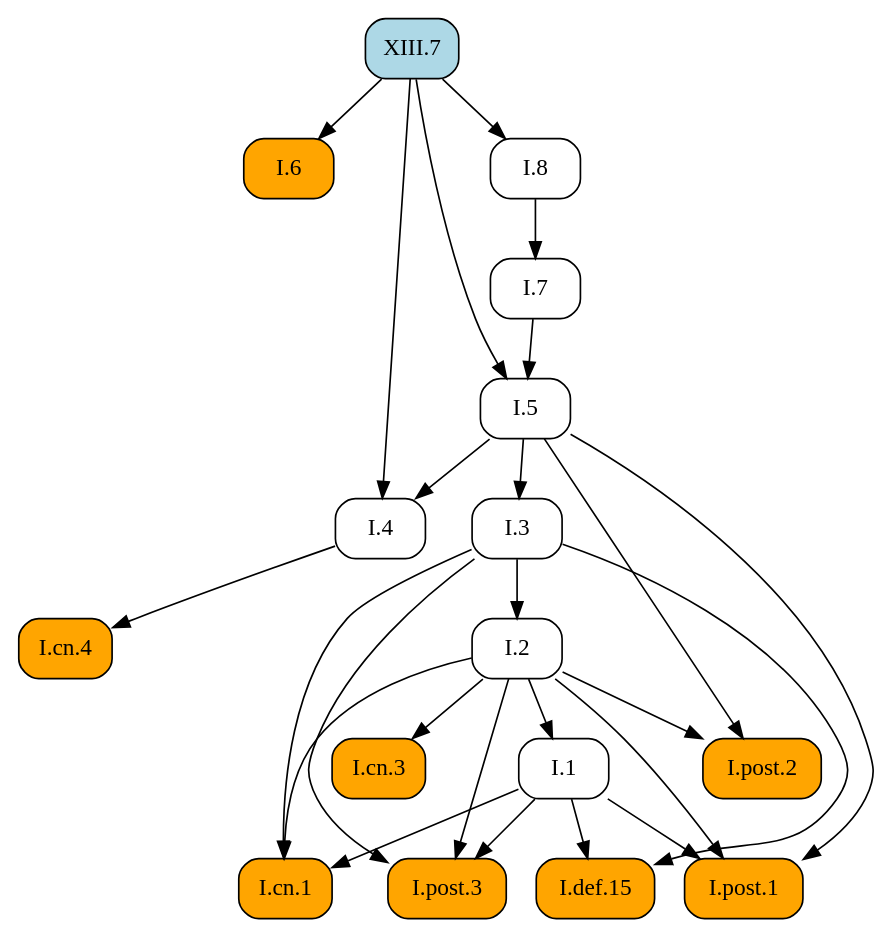
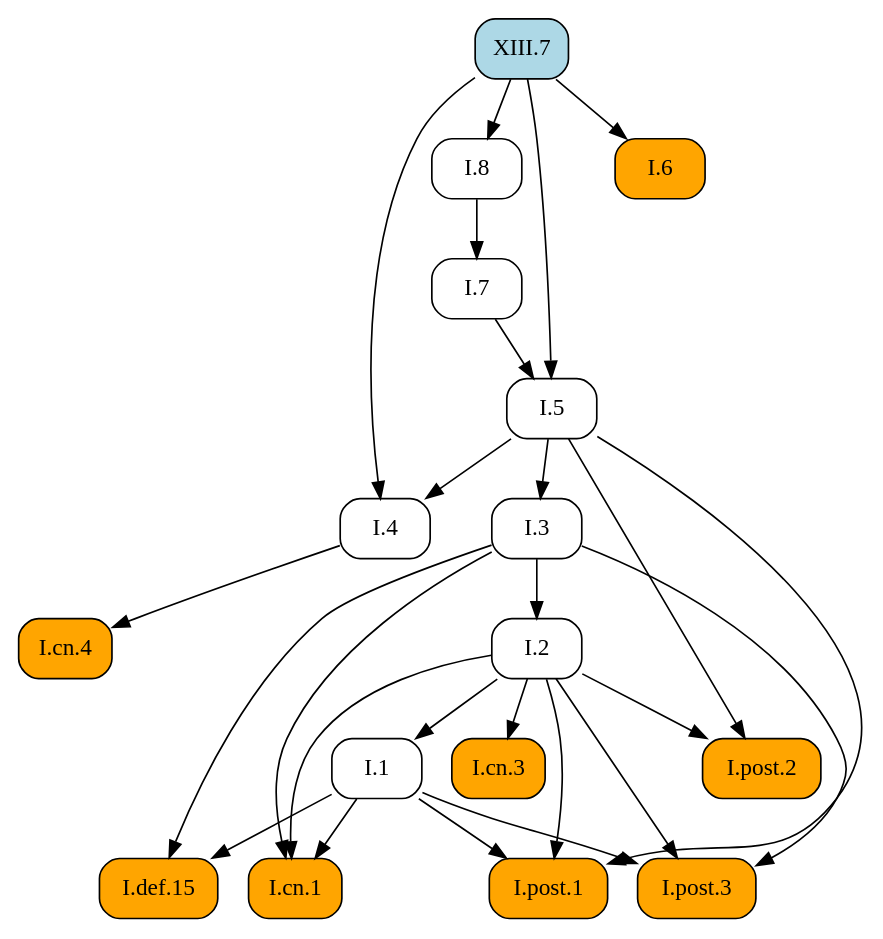
One commit to geometor/elements changed the diagram in docsrc/heath/XIII/7/index.rst. Above: the diagram before and after it, drawn with Graphviz. The commit also changed other lines of this file and 484 other files, not shown here.

```diff
--- a/docsrc/heath/XIII/7/index.rst
+++ b/docsrc/heath/XIII/7/index.rst
@@ -56,47 +56,47 @@
 .. graphviz::
 
    digraph {
      rankdir="TB";
      node [shape=box, style=rounded];
+     "I.cn.1" [style="rounded,filled", fillcolor=orange, URL="/heath/I/cn.1/", target="_top"];
+     "I.3" [URL="/heath/I/3/", target="_top"];
+     "I.7" [URL="/heath/I/7/", target="_top"];
+     "I.2" [URL="/heath/I/2/", target="_top"];
      "I.def.15" [style="rounded,filled", fillcolor=orange, URL="/heath/I/def.15/", target="_top"];
+     "I.4" [URL="/heath/I/4/", target="_top"];
+     "I.cn.4" [style="rounded,filled", fillcolor=orange, URL="/heath/I/cn.4/", target="_top"];
+     "I.1" [URL="/heath/I/1/", target="_top"];
+     "I.5" [URL="/heath/I/5/", target="_top"];
+     "I.post.1" [style="rounded,filled", fillcolor=orange, URL="/heath/I/post.1/", target="_top"];
+     "I.8" [URL="/heath/I/8/", target="_top"];
+     "I.post.2" [style="rounded,filled", fillcolor=orange, URL="/heath/I/post.2/", target="_top"];
      "I.post.3" [style="rounded,filled", fillcolor=orange, URL="/heath/I/post.3/", target="_top"];
-     "I.1" [URL="/heath/I/1/", target="_top"];
-     "I.7" [URL="/heath/I/7/", target="_top"];
+     "I.cn.3" [style="rounded,filled", fillcolor=orange, URL="/heath/I/cn.3/", target="_top"];
      "I.6" [style="rounded,filled", fillcolor=orange, URL="/heath/I/6/", target="_top"];
-     "I.3" [URL="/heath/I/3/", target="_top"];
-     "I.cn.1" [style="rounded,filled", fillcolor=orange, URL="/heath/I/cn.1/", target="_top"];
-     "I.8" [URL="/heath/I/8/", target="_top"];
-     "I.cn.3" [style="rounded,filled", fillcolor=orange, URL="/heath/I/cn.3/", target="_top"];
-     "I.cn.4" [style="rounded,filled", fillcolor=orange, URL="/heath/I/cn.4/", target="_top"];
-     "I.4" [URL="/heath/I/4/", target="_top"];
-     "I.2" [URL="/heath/I/2/", target="_top"];
      "XIII.7" [style="rounded,filled", fillcolor=lightblue, URL="/heath/XIII/7/", target="_top"];
-     "I.post.1" [style="rounded,filled", fillcolor=orange, URL="/heath/I/post.1/", target="_top"];
-     "I.post.2" [style="rounded,filled", fillcolor=orange, URL="/heath/I/post.2/", target="_top"];
-     "I.5" [URL="/heath/I/5/", target="_top"];
+     "I.1" -> "I.cn.1";
+     "I.2" -> "I.cn.1";
+     "I.3" -> "I.cn.1";
+     "I.5" -> "I.3";
+     "I.8" -> "I.7";
+     "I.3" -> "I.2";
      "I.1" -> "I.def.15";
      "I.3" -> "I.def.15";
+     "I.5" -> "I.4";
+     "XIII.7" -> "I.4";
+     "I.4" -> "I.cn.4";
+     "I.2" -> "I.1";
+     "I.7" -> "I.5";
+     "XIII.7" -> "I.5";
+     "I.1" -> "I.post.1";
+     "I.2" -> "I.post.1";
+     "I.5" -> "I.post.1";
+     "XIII.7" -> "I.8";
+     "I.2" -> "I.post.2";
+     "I.5" -> "I.post.2";
      "I.1" -> "I.post.3";
      "I.2" -> "I.post.3";
      "I.3" -> "I.post.3";
-     "I.2" -> "I.1";
-     "I.8" -> "I.7";
+     "I.2" -> "I.cn.3";
      "XIII.7" -> "I.6";
-     "I.5" -> "I.3";
-     "I.1" -> "I.cn.1";
-     "I.2" -> "I.cn.1";
-     "I.3" -> "I.cn.1";
-     "XIII.7" -> "I.8";
-     "I.2" -> "I.cn.3";
-     "I.4" -> "I.cn.4";
-     "I.5" -> "I.4";
-     "XIII.7" -> "I.4";
-     "I.3" -> "I.2";
-     "I.1" -> "I.post.1";
-     "I.2" -> "I.post.1";
-     "I.5" -> "I.post.1";
-     "I.2" -> "I.post.2";
-     "I.5" -> "I.post.2";
-     "I.7" -> "I.5";
-     "XIII.7" -> "I.5";
    }
```
